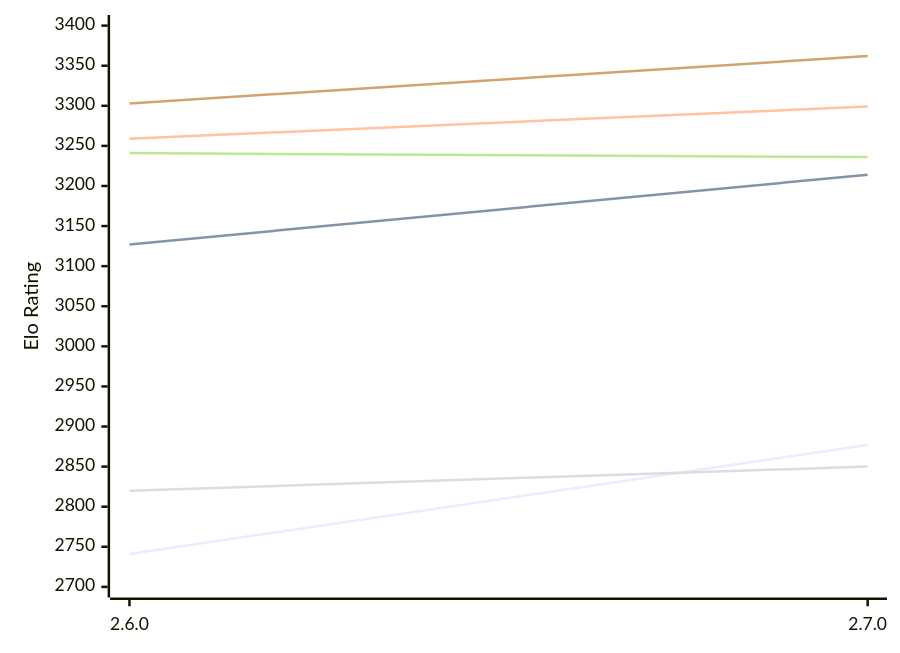
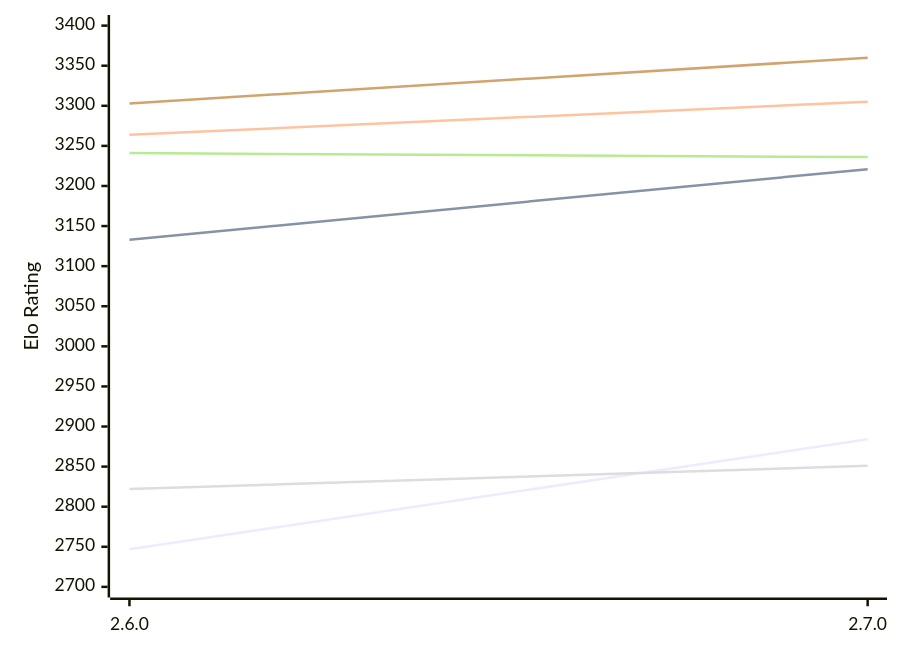
The first of 2 diagrams in engines/Sturddle2.md (computer-chess-index/cci), drawn with Mermaid before and after one commit. The commit also changed other lines of this file, not shown here.

Commit message:
Update CCI Ratings (ELO VLTC) - 2026-11-10

````diff
--- a/engines/Sturddle2.md
+++ b/engines/Sturddle2.md
@@ -51,12 +51,12 @@
 ```mermaid
 %%{init: {"theme":"base","themeVariables":{"seriesColors:['#a3a3a3','#222221','#faa371']}}}%%
 xychart-beta
   x-axis ["2.6.0", "2.7.0"]
   y-axis "Elo Rating" 2700 --> 3400
-  line "E1: STC (8.0+0.08s)" [2741, 2877]
-  line "E1: LTC (60.0+0.60s)" [3127, 3214]
-  line "E1: VLTC (2m24s+1.12s)" [3259, 3299]
-  line "P1: STC (8.0+0.08s)" [2820, 2850]
+  line "E1: STC (8.0+0.08s)" [2747, 2884]
+  line "E1: LTC (60.0+0.60s)" [3133, 3221]
+  line "E1: VLTC (2m24s+1.12s)" [3264, 3305]
+  line "P1: STC (8.0+0.08s)" [2822, 2851]
   line "P1: LTC (60.0+0.60s)" [3241, 3236]
-  line "P1: VLTC (2m24s+1.12s)" [3303, 3362]
+  line "P1: VLTC (2m24s+1.12s)" [3303, 3360]
 ```
````
